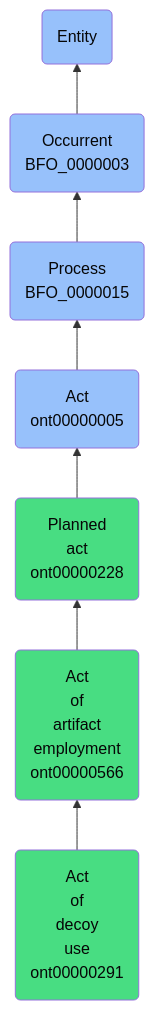
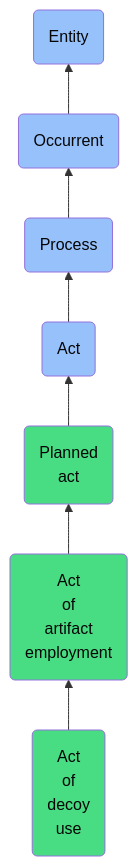
The diagram in docs/ontology/reference/model/Entity/Occurrent/Process/Act/Planned act/Act of artifact employment/Act of decoy use/Act of decoy use.md (jupyter-naas/abi), drawn with Mermaid before and after one commit. The commit also changed other lines of this file and 1430 other files, not shown here.

````diff
--- a/docs/ontology/reference/model/Entity/Occurrent/Process/Act/Planned act/Act of artifact employment/Act of decoy use/Act of decoy use.md
+++ b/docs/ontology/reference/model/Entity/Occurrent/Process/Act/Planned act/Act of artifact employment/Act of decoy use/Act of decoy use.md
@@ -24,14 +24,14 @@
 ```mermaid
 graph BT
-    ont00000291(Act<br>of<br>decoy<br>use<br>ont00000291):::ABI-->ont00000566
-    ont00000566(Act<br>of<br>artifact<br>employment<br>ont00000566):::ABI-->ont00000228
-    ont00000228(Planned<br>act<br>ont00000228):::ABI-->ont00000005
-    ont00000005(Act<br>ont00000005):::BFO-->BFO_0000015
-    BFO_0000015(Process<br>BFO_0000015):::BFO-->BFO_0000003
-    BFO_0000003(Occurrent<br>BFO_0000003):::BFO-->BFO_0000001
+    ont00000291(Act<br>of<br>decoy<br>use):::ABI-->ont00000566
+    ont00000566(Act<br>of<br>artifact<br>employment):::ABI-->ont00000228
+    ont00000228(Planned<br>act):::ABI-->ont00000005
+    ont00000005(Act):::BFO-->BFO_0000015
+    BFO_0000015(Process):::BFO-->BFO_0000003
+    BFO_0000003(Occurrent):::BFO-->BFO_0000001
     BFO_0000001(Entity):::BFO
     
     classDef BFO fill:#97c1fb,color:#060606
     classDef CCO fill:#e4c51e,color:#060606
     classDef ABI fill:#48DD82,color:#060606
 ```
````
